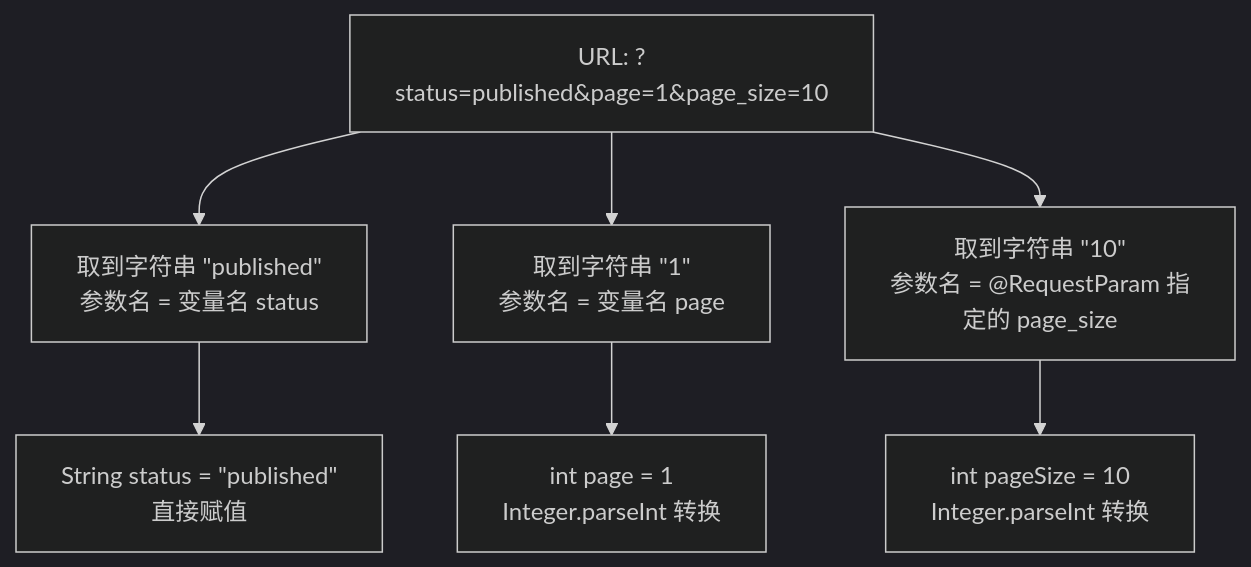
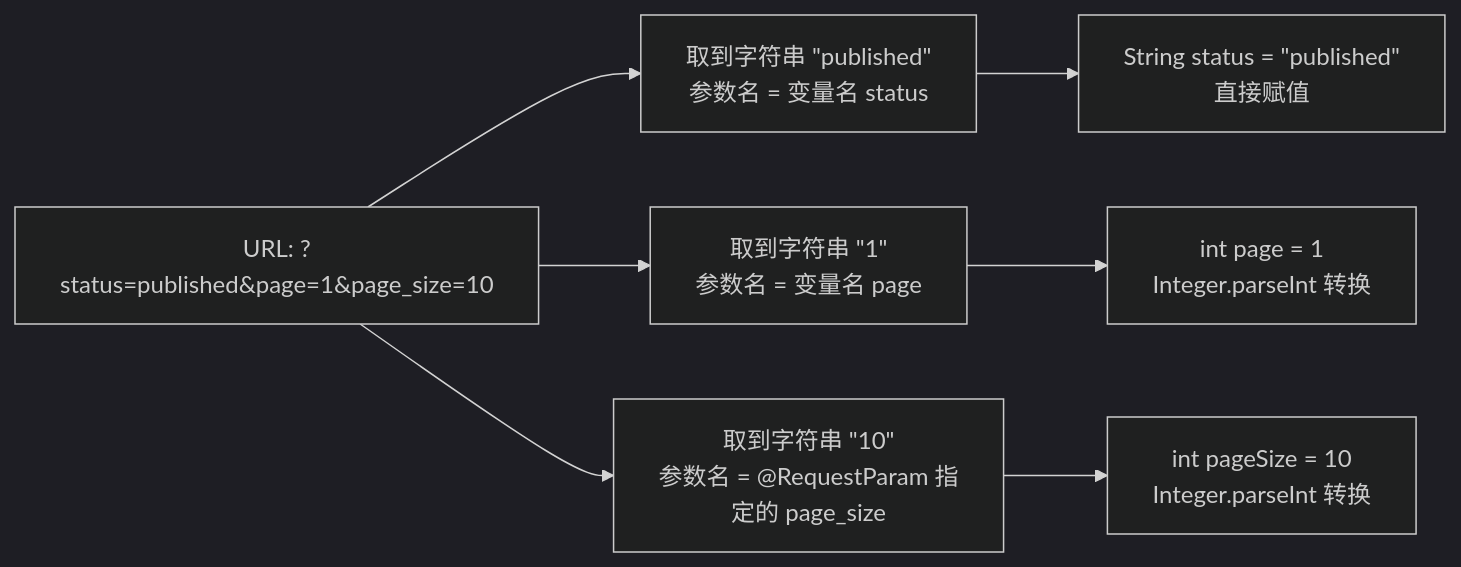
The second of 6 diagrams in docs/summary/summary.md (HaoqiangLu/java-blog), drawn with Mermaid (dark theme) before and after one commit. The commit also changed other lines of this file and 2 other files, not shown here.

````diff
--- a/docs/summary/summary.md
+++ b/docs/summary/summary.md
@@ -190,9 +254,9 @@
 ```mermaid
-flowchart TD
+flowchart LR
     URL["URL: ?status=published&page=1&page_size=10"] --> S1
     URL --> S2
     URL --> S3
     S1["取到字符串 &quot;published&quot;<br/>参数名 = 变量名 status"] --> V1["String status = &quot;published&quot;<br/>直接赋值"]
     S2["取到字符串 &quot;1&quot;<br/>参数名 = 变量名 page"] --> V2["int page = 1<br/>Integer.parseInt 转换"]
     S3["取到字符串 &quot;10&quot;<br/>参数名 = @RequestParam 指定的 page_size"] --> V3["int pageSize = 10<br/>Integer.parseInt 转换"]
 ```
````
